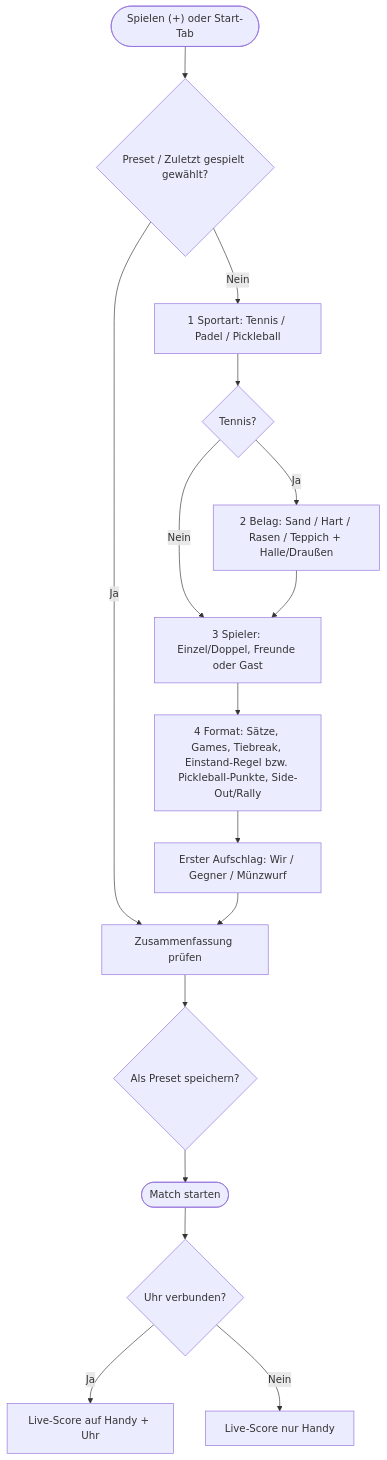
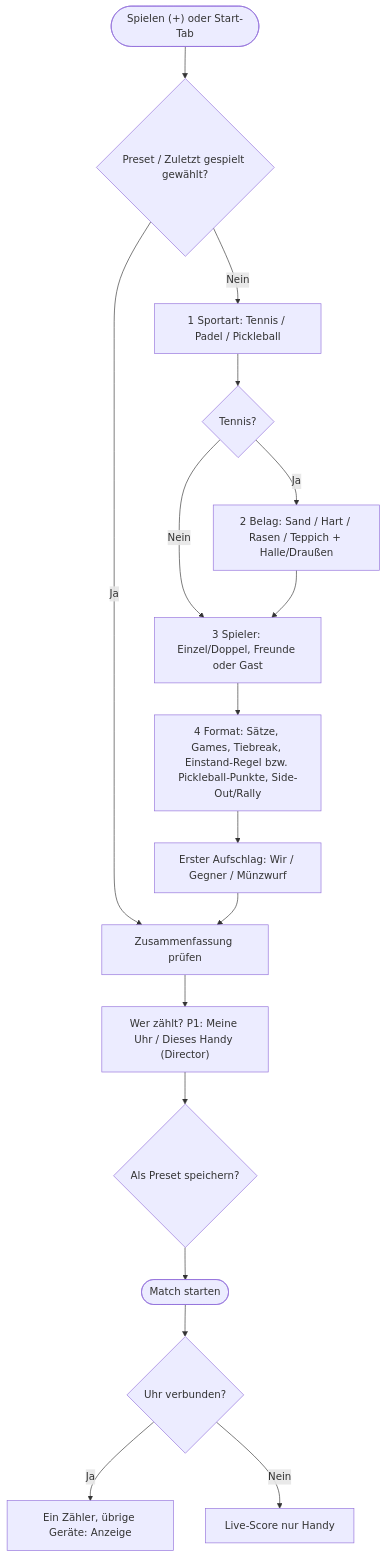
Before and after one commit to thealextd1337-spec/racketone: the second of 6 diagrams in docs/04-ux-design.md, drawn with Mermaid. The commit also changed other lines of this file and 4 other files, not shown here.

````diff
--- a/docs/04-ux-design.md
+++ b/docs/04-ux-design.md
@@ -133,18 +133,19 @@
 ```mermaid
 flowchart TD
   S0(["Spielen (+) oder Start-Tab"]) --> Q{"Preset / Zuletzt gespielt gewählt?"}
   Q -- "Ja" --> SUM["Zusammenfassung prüfen"]
   Q -- "Nein" --> S1["1 Sportart: Tennis / Padel / Pickleball"]
   S1 --> T{"Tennis?"}
   T -- "Ja" --> S2["2 Belag: Sand / Hart / Rasen / Teppich + Halle/Draußen"]
   T -- "Nein" --> S3
   S2 --> S3["3 Spieler: Einzel/Doppel, Freunde oder Gast"]
   S3 --> S4["4 Format: Sätze, Games, Tiebreak, Einstand-Regel bzw. Pickleball-Punkte, Side-Out/Rally"]
   S4 --> SRV["Erster Aufschlag: Wir / Gegner / Münzwurf"]
   SRV --> SUM
-  SUM --> PRE{"Als Preset speichern?"}
+  SUM --> WHO["Wer zählt? P1: Meine Uhr / Dieses Handy (Director)"]
+  WHO --> PRE{"Als Preset speichern?"}
   PRE --> START(["Match starten"])
   START --> W{"Uhr verbunden?"}
-  W -- "Ja" --> BOTH["Live-Score auf Handy + Uhr"]
+  W -- "Ja" --> BOTH["Ein Zähler, übrige Geräte: Anzeige"]
   W -- "Nein" --> PH["Live-Score nur Handy"]
 ```
````
